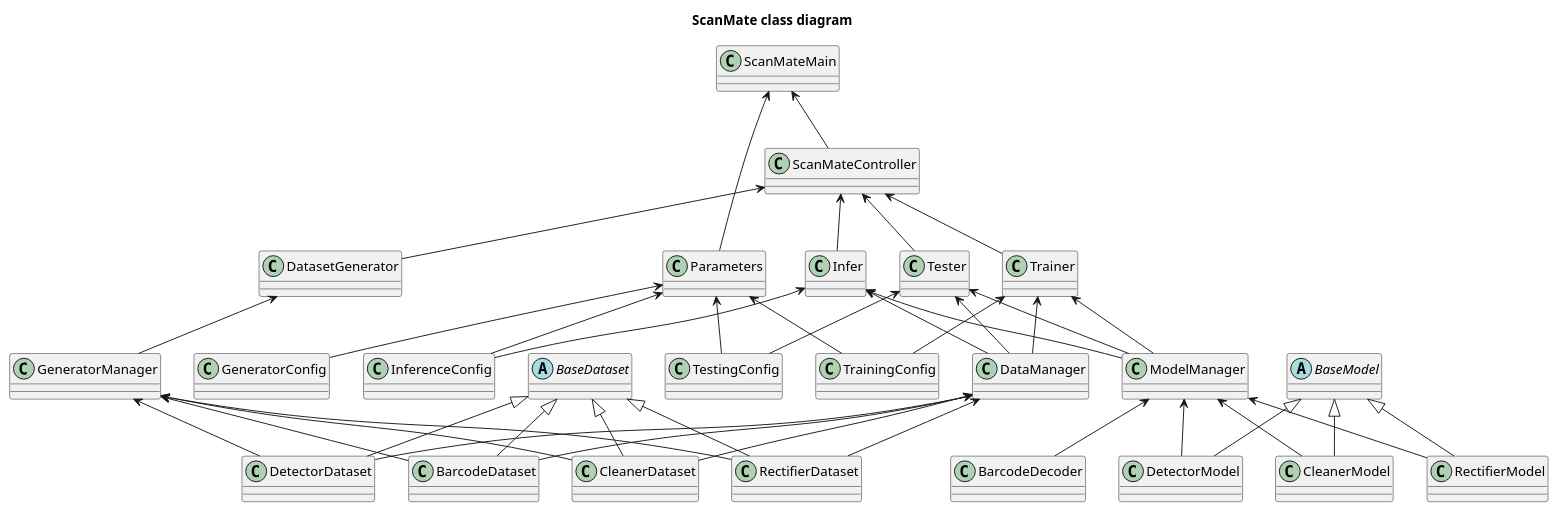
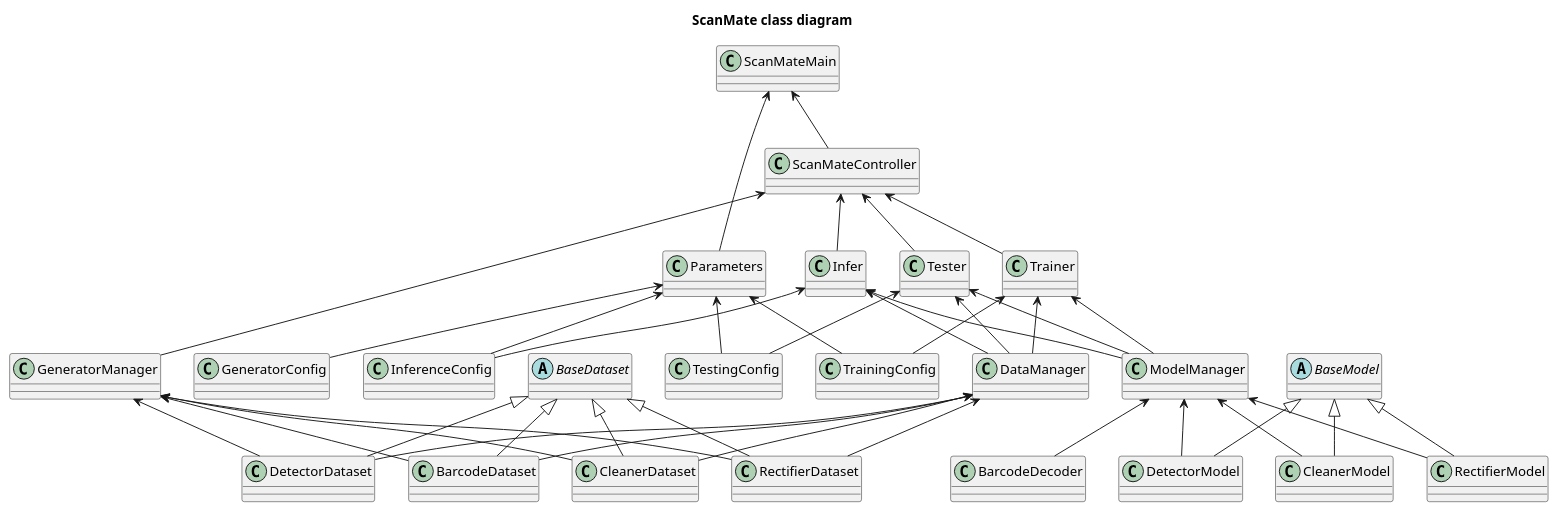
Before and after one commit to tsuzuki-nekozuki/ScanMate: the diagram in README.md, drawn with PlantUML. The commit also changed 9 other files, not shown here.

```diff
--- a/README.md
+++ b/README.md
@@ -46,10 +46,6 @@
 }
 
 class Tester{
-
-}
-
-class DatasetGenerator{
 
 }
 
@@ -110,7 +106,7 @@
 ScanMateController <-- Trainer
 ScanMateController <-- Infer
 ScanMateController <-- Tester
-ScanMateController <-- DatasetGenerator
+ScanMateController <-- GeneratorManager
 Parameters <-- TrainingConfig
 Parameters <-- InferenceConfig
 Parameters <-- TestingConfig
@@ -132,7 +128,6 @@
 ModelManager <-- CleanerModel
 ModelManager <-- RectifierModel
 ModelManager <-- DetectorModel
-DatasetGenerator <-- GeneratorManager
 BaseModel <|-- CleanerModel
 BaseModel <|-- RectifierModel
 BaseModel <|-- DetectorModel
```
